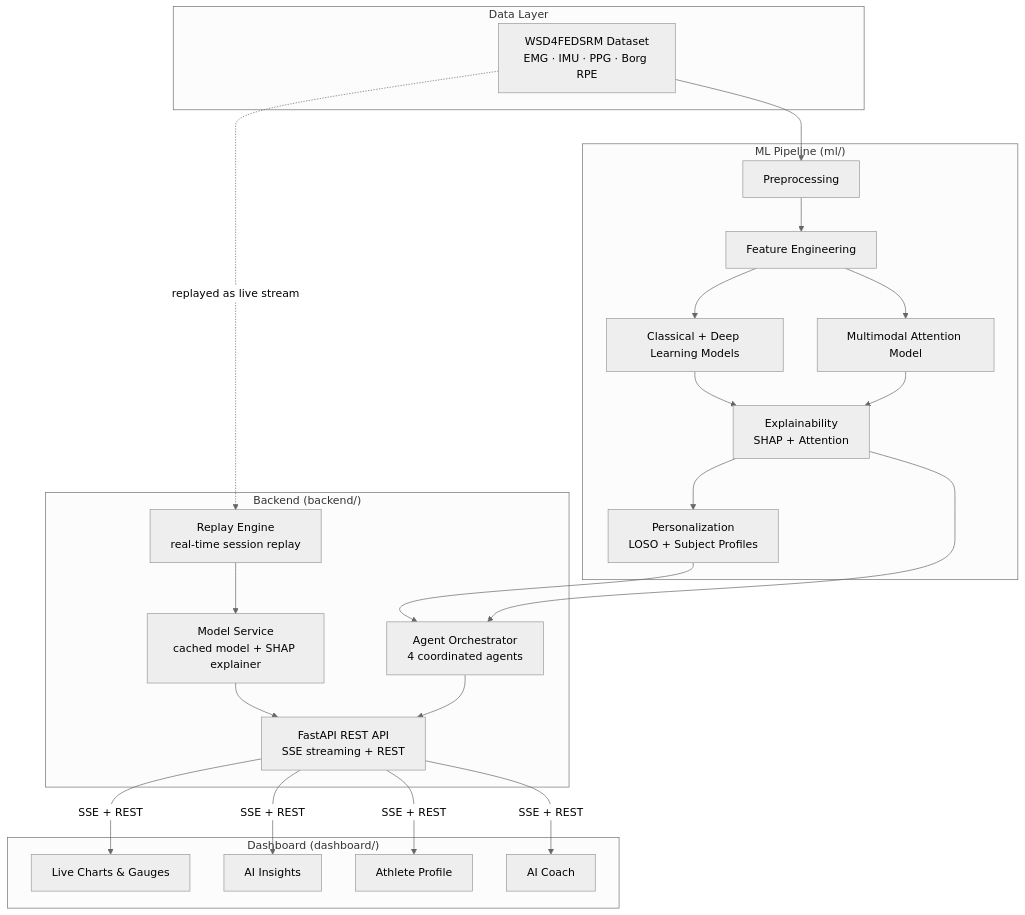
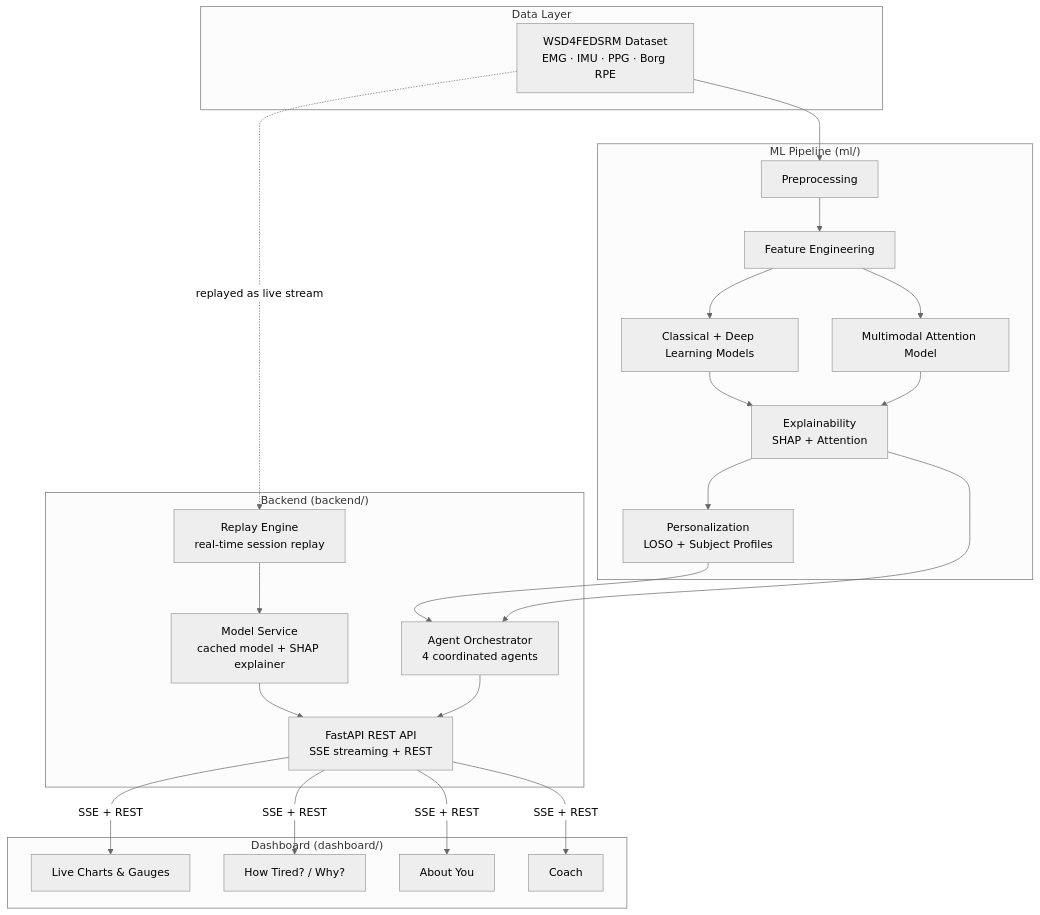
The first of 2 diagrams in README.md (Sangamithraa077/Agentic-Fatigue-Fingerprinting), drawn with Mermaid (neutral theme) before and after one commit. The commit also changed other lines of this file, not shown here.

````diff
--- a/README.md
+++ b/README.md
@@ -90,39 +94,39 @@
 ```mermaid
 flowchart TD
     subgraph Data["Data Layer"]
         A[WSD4FEDSRM Dataset<br/>EMG · IMU · PPG · Borg RPE]
     end
 
     subgraph ML["ML Pipeline (ml/)"]
         B[Preprocessing]
         C[Feature Engineering]
         D[Classical + Deep Learning Models]
         E[Multimodal Attention Model]
         F[Explainability<br/>SHAP + Attention]
         G[Personalization<br/>LOSO + Subject Profiles]
     end
 
     subgraph Backend["Backend (backend/)"]
         H[Replay Engine<br/>real-time session replay]
         I[Model Service<br/>cached model + SHAP explainer]
         J[Agent Orchestrator<br/>4 coordinated agents]
         K[FastAPI REST API<br/>SSE streaming + REST]
     end
 
     subgraph Frontend["Dashboard (dashboard/)"]
         L[Live Charts & Gauges]
-        M[AI Insights]
-        N[Athlete Profile]
-        O[AI Coach]
+        M[How Tired? / Why?]
+        N[About You]
+        O[Coach]
     end
 
     A --> B --> C --> D --> F
     C --> E --> F
     F --> G
     A -.->|replayed as live stream| H
     H --> I --> K
     G --> J
     F --> J
     J --> K
     K -->|SSE + REST| L & M & N & O
 ```
````
